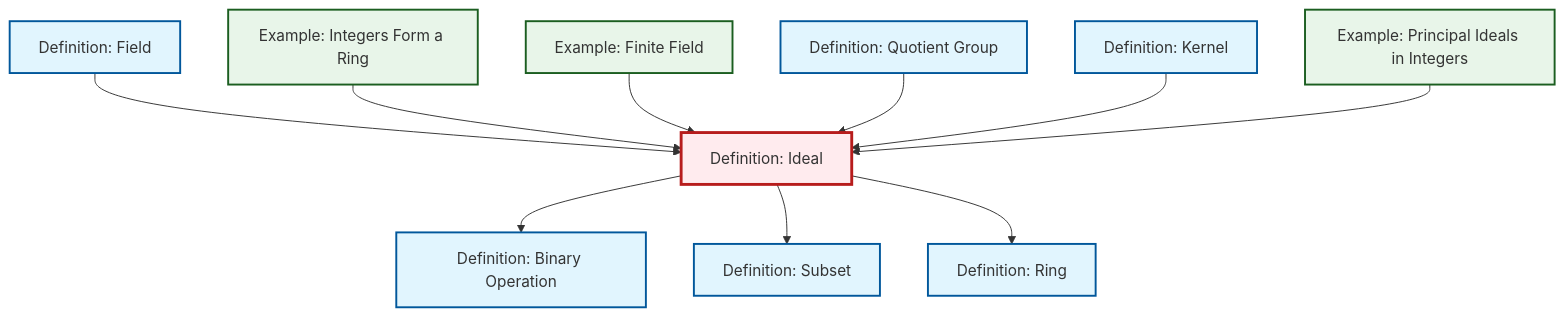
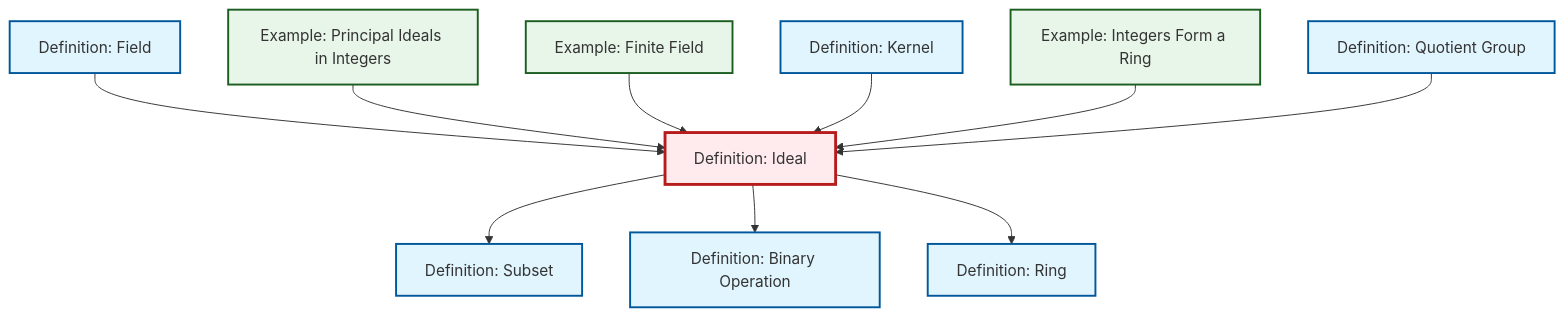
The diagram in content/en/algebra/def-ideal.qmd (RK0429/ModernMath), drawn with Mermaid before and after one commit. The commit also changed other lines of this file and 491 other files, not shown here.

````diff
--- a/content/en/algebra/def-ideal.qmd
+++ b/content/en/algebra/def-ideal.qmd
@@ -79,38 +79,38 @@
 ```{mermaid}
 %%| fig-cap: "Local dependency graph"
 graph TD
     classDef definition fill:#e1f5fe,stroke:#01579b,stroke-width:2px
     classDef theorem fill:#f3e5f5,stroke:#4a148c,stroke-width:2px
     classDef axiom fill:#fff3e0,stroke:#e65100,stroke-width:2px
     classDef example fill:#e8f5e9,stroke:#1b5e20,stroke-width:2px
     classDef current fill:#ffebee,stroke:#b71c1c,stroke-width:3px
+    def-binary-operation["Definition: Binary Operation"]:::definition
     def-kernel["Definition: Kernel"]:::definition
-    def-subset["Definition: Subset"]:::definition
-    def-ideal["Definition: Ideal"]:::definition
-    def-binary-operation["Definition: Binary Operation"]:::definition
-    def-field["Definition: Field"]:::definition
-    ex-integers-ring["Example: Integers Form a Ring"]:::example
-    def-ring["Definition: Ring"]:::definition
     ex-finite-field["Example: Finite Field"]:::example
     ex-principal-ideal["Example: Principal Ideals in Integers"]:::example
+    def-field["Definition: Field"]:::definition
+    def-ideal["Definition: Ideal"]:::definition
+    def-subset["Definition: Subset"]:::definition
+    def-ring["Definition: Ring"]:::definition
+    ex-integers-ring["Example: Integers Form a Ring"]:::example
     def-quotient-group["Definition: Quotient Group"]:::definition
+    def-ideal --> def-subset
     def-field --> def-ideal
-    ex-integers-ring --> def-ideal
+    ex-principal-ideal --> def-ideal
     ex-finite-field --> def-ideal
-    def-quotient-group --> def-ideal
     def-kernel --> def-ideal
     def-ideal --> def-binary-operation
-    def-ideal --> def-subset
-    ex-principal-ideal --> def-ideal
     def-ideal --> def-ring
+    ex-integers-ring --> def-ideal
+    def-quotient-group --> def-ideal
     class def-ideal current
+    click def-binary-operation "def-binary-operation.html" "Go to Binary Operation definition"
     click def-kernel "def-kernel.html" "Go to Kernel definition"
-    click def-subset "def-subset.html" "Go to Subset definition"
-    click def-binary-operation "def-binary-operation.html" "Go to Binary Operation definition"
-    click def-field "def-field.html" "Go to Field definition"
-    click ex-integers-ring "ex-integers-ring.html" "Go to Integers Form a Ring example"
-    click def-ring "def-ring.html" "Go to Ring definition"
     click ex-finite-field "ex-finite-field.html" "Go to Finite Field example"
     click ex-principal-ideal "ex-principal-ideal.html" "Go to Principal Ideals in Integers example"
+    click def-field "def-field.html" "Go to Field definition"
+    click def-subset "def-subset.html" "Go to Subset definition"
+    click def-ring "def-ring.html" "Go to Ring definition"
+    click ex-integers-ring "ex-integers-ring.html" "Go to Integers Form a Ring example"
     click def-quotient-group "def-quotient-group.html" "Go to Quotient Group definition"
 ```
````
